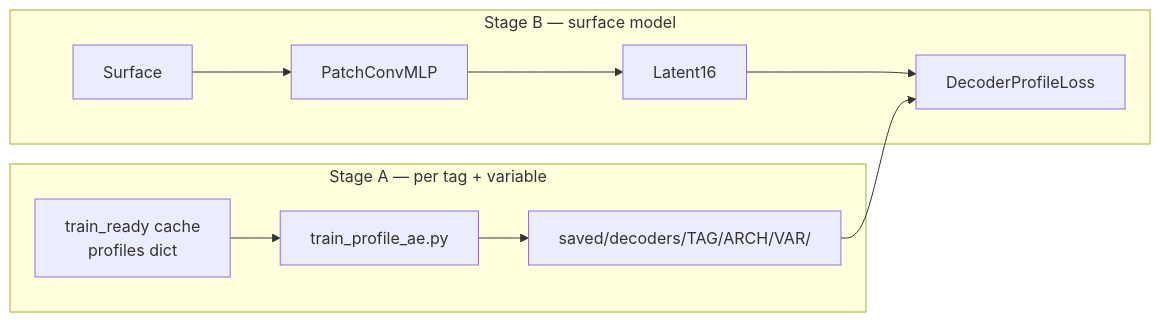
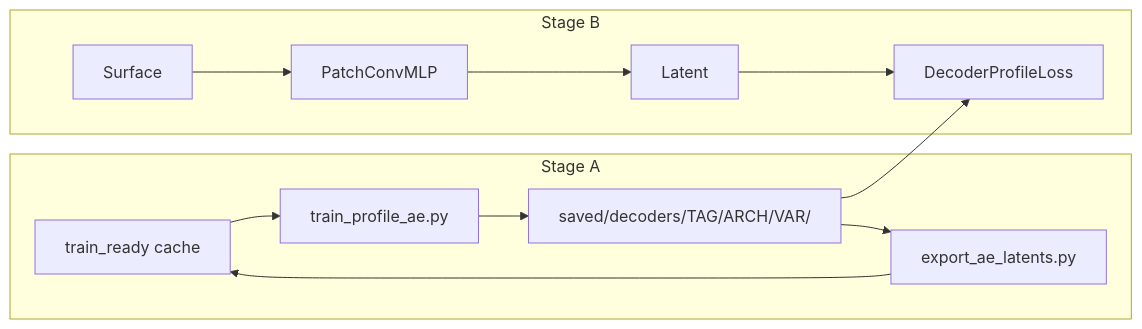
Before and after one commit to 0jrm/ISAS20_project: the diagram in PLAN-phase5.md, drawn with Mermaid. The commit also changed other lines of this file and 18 other files, not shown here.

First line of the commit message:
Phase 5 Stage B: decoder loss, residual AE/MLP, dim32 sweep.

````diff
--- a/PLAN-phase5.md
+++ b/PLAN-phase5.md
@@ -21,12 +21,14 @@
 ```mermaid
 flowchart LR
-  subgraph stageA [Stage A — per tag + variable]
-    Cache["train_ready cache\nprofiles dict"] --> AE["train_profile_ae.py"]
+  subgraph stageA [Stage A]
+    Cache["train_ready cache"] --> AE["train_profile_ae.py"]
     AE --> Dec["saved/decoders/TAG/ARCH/VAR/"]
+    Dec --> Export["export_ae_latents.py"]
+    Export --> Cache
   end
-  subgraph stageB [Stage B — surface model]
-    Surface --> PatchConvMLP --> Latent16
-    Latent16 --> DecoderLoss["DecoderProfileLoss"]
+  subgraph stageB [Stage B]
+    Surface --> PatchConvMLP --> Latent
+    Latent --> DecoderLoss["DecoderProfileLoss"]
     Dec --> DecoderLoss
   end
 ```
````
